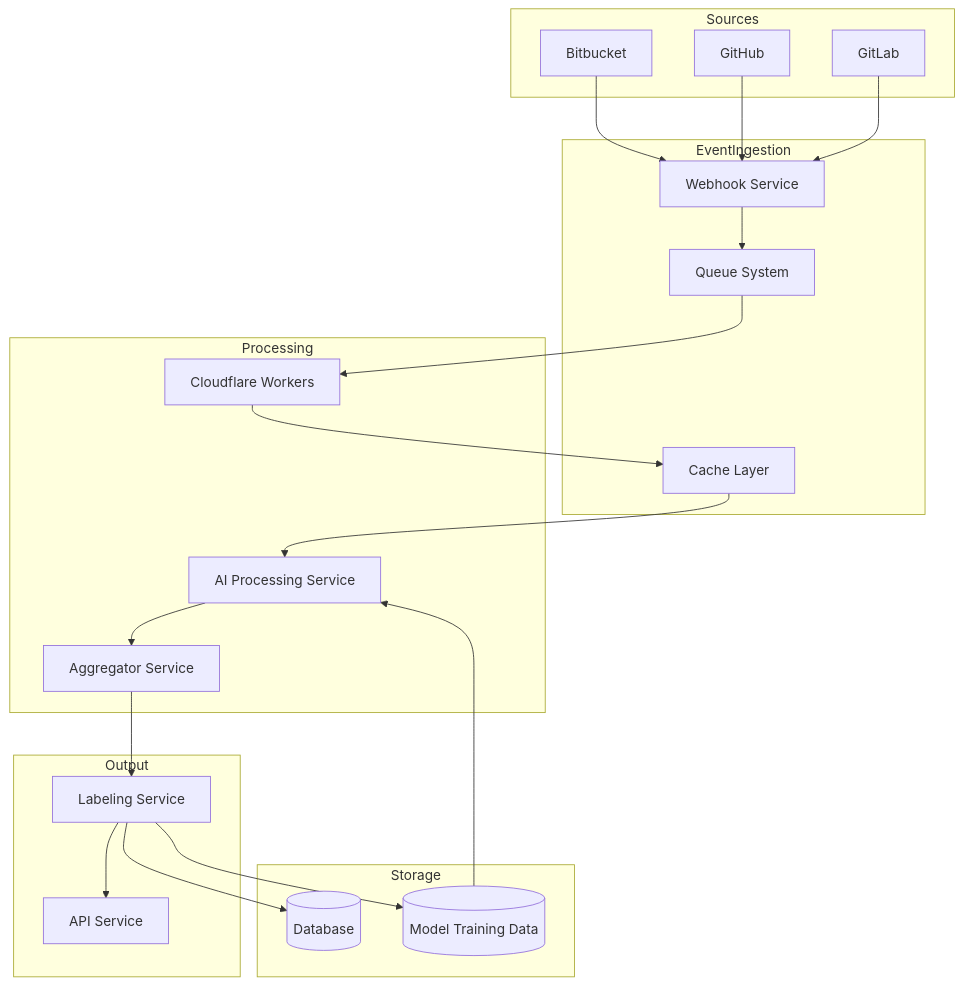
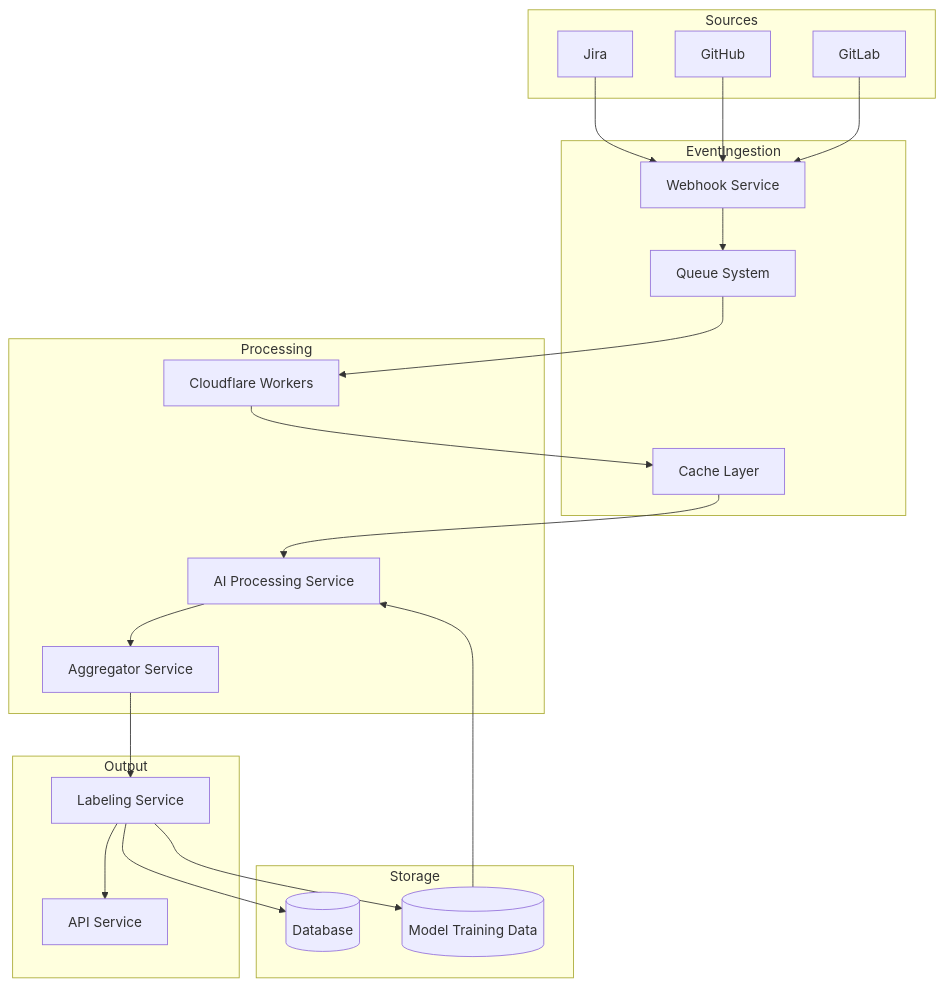
One commit to rjoydip/labelit.ai changed the diagram in README.md. Above: the diagram before and after it, drawn with Mermaid. The commit also changed other lines of this file and 61 other files, not shown here.

````diff
--- a/README.md
+++ b/README.md
@@ -7,45 +7,45 @@
 ```mermaid
 
 flowchart TD
     subgraph Sources
-        BB[Bitbucket]
+        BB[Jira]
         GH[GitHub]
         GL[GitLab]
     end
 
     subgraph EventIngestion
         WH[Webhook Service]
         Q[Queue System]
         C[Cache Layer]
     end
 
     subgraph Processing
         CF[Cloudflare Workers]
         AI[AI Processing Service]
         AGG[Aggregator Service]
     end
 
     subgraph Storage
         DB[(Database)]
         ML[(Model Training Data)]
     end
 
     subgraph Output
         LAB[Labeling Service]
         API[API Service]
     end
 
     BB --> WH
     GH --> WH
     GL --> WH
     WH --> Q
     Q --> CF
     CF --> C
     C --> AI
     AI --> AGG
     AGG --> LAB
     LAB --> DB
     LAB --> ML
     LAB --> API
     ML --> AI
 ```
````
